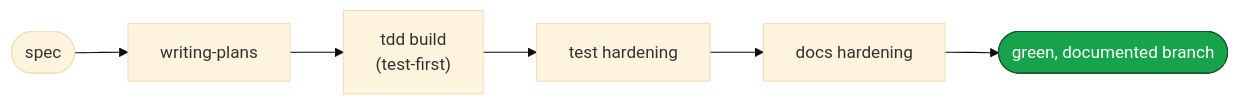
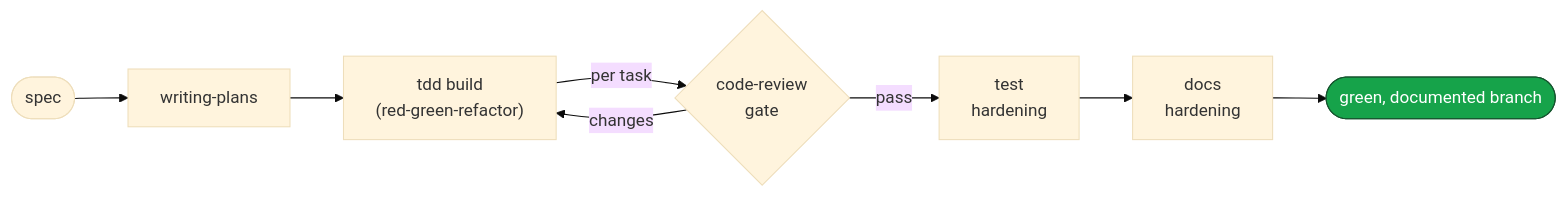
One commit to dashworthy/engineering changed the fifth of 5 diagrams in README.md. Above: the diagram before and after it, drawn with Mermaid (base theme). The commit also changed other lines of this file, not shown here.

````diff
--- a/README.md
+++ b/README.md
@@ -69,9 +118,12 @@
 ```mermaid
 flowchart LR
     classDef done fill:#16a34a,stroke:#14532d,color:#fff
+
     SPEC(["spec"]) --> P["writing-plans"]
-    P --> B["tdd build<br/>(test-first)"]
-    B --> H["test hardening"]
-    H --> D["docs hardening"]
-    D --> DONE(["green, documented branch"]):::done
+    P --> B["tdd build<br/>(red-green-refactor)"]
+    B -->|"per task"| R{"code-review<br/>gate"}
+    R -->|"changes"| B
+    R -->|"pass"| H["test<br/>hardening"]
+    H --> DOC["docs<br/>hardening"]
+    DOC --> DONE(["green, documented branch"]):::done
 ```
````
